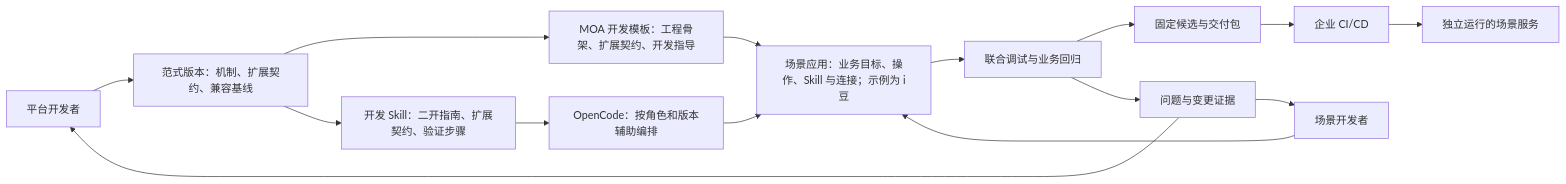
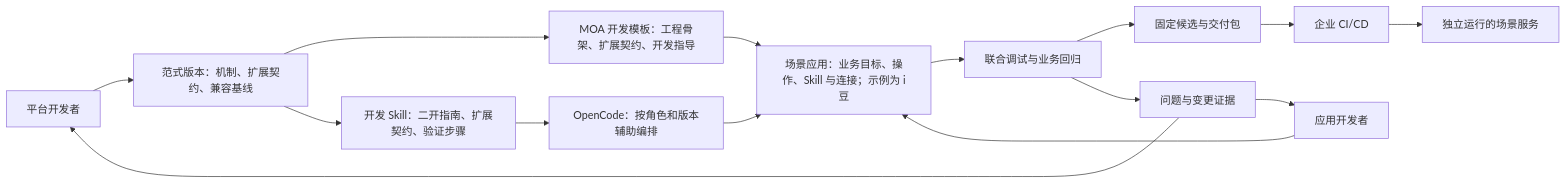
The diagram in docs/Agent开发工作台_PRD_v2.0.md (Vincenttao/agent-builder-java), drawn with Mermaid before and after one commit. The commit also changed other lines of this file and 13 other files, not shown here.

````diff
--- a/docs/Agent开发工作台_PRD_v2.0.md
+++ b/docs/Agent开发工作台_PRD_v2.0.md
@@ -84,17 +86,17 @@
 ```mermaid
 flowchart LR
   P[平台开发者] --> F[范式版本：机制、扩展契约、兼容基线]
   F --> T[MOA 开发模板：工程骨架、扩展契约、开发指导]
   F --> K[开发 Skill：二开指南、扩展契约、验证步骤]
   K --> O[OpenCode：按角色和版本辅助编排]
   O --> A
   T --> A[场景应用：业务目标、操作、Skill 与连接；示例为 i豆]
-  S[场景开发者] --> A
+  S[应用开发者] --> A
   A --> D[联合调试与业务回归]
   D --> C[固定候选与交付包]
   C --> I[企业 CI/CD]
   I --> R[独立运行的场景服务]
   D --> E[问题与变更证据]
   E --> P
   E --> S
 ```
````
